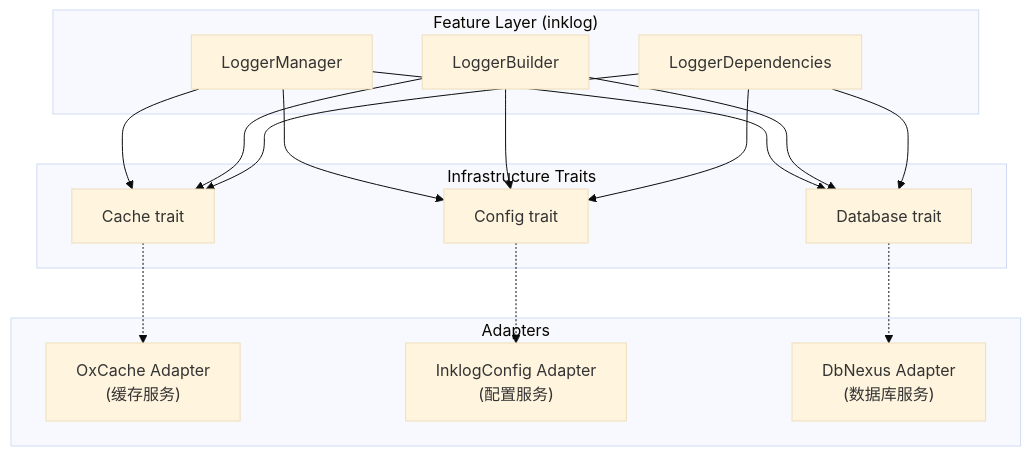
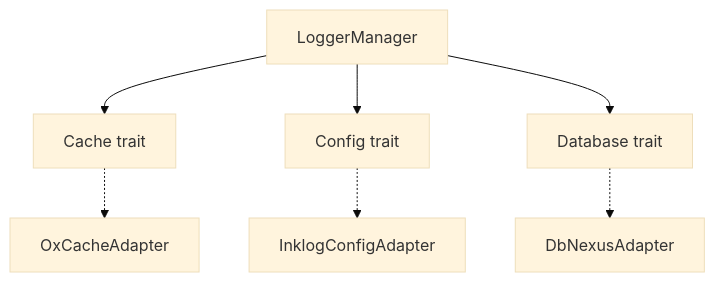
One commit to Kirky-X/inklog changed the third of 4 diagrams in docs/ARCHITECTURE.md. Above: the diagram before and after it, drawn with Mermaid (base theme). The commit also changed other lines of this file and 7 other files, not shown here.

Commit message:
docs(inklog): docs 文档套件统一优化 — emoji 化 h2 与折叠目录、文档间交叉链接网络、架构/数据流 mermaid 图、结构化内容表格化、清除内部任务追踪引用；失真内容对照 src/ 源码修正，基准数字与安全承诺口径原样保留

````diff
--- a/docs/ARCHITECTURE.md
+++ b/docs/ARCHITECTURE.md
@@ -167,25 +149,9 @@
 ```mermaid
 flowchart TD
-    subgraph Feature["Feature Layer (inklog)"]
-        LM["LoggerManager"]
-        LB["LoggerBuilder"]
-        LD["LoggerDependencies"]
-    end
-    subgraph Traits["Infrastructure Traits"]
-        CT["Cache trait"]
-        CFT["Config trait"]
-        DT["Database trait"]
-    end
-    subgraph Adapters["Adapters"]
-        OA["OxCache Adapter<br/>(缓存服务)"]
-        IA["InklogConfig Adapter<br/>(配置服务)"]
-        DA["DbNexus Adapter<br/>(数据库服务)"]
-    end
-
-    LM --> CT & CFT & DT
-    LB --> CT & CFT & DT
-    LD --> CT & CFT & DT
-    CT -.-> OA
-    CFT -.-> IA
-    DT -.-> DA
+    LM["LoggerManager"] --> CT["Cache trait"]
+    LM --> CFT["Config trait"]
+    LM --> DT["Database trait"]
+    CT -.-> OA["OxCacheAdapter"]
+    CFT -.-> IA["InklogConfigAdapter"]
+    DT -.-> DA["DbNexusAdapter"]
 ```
````
